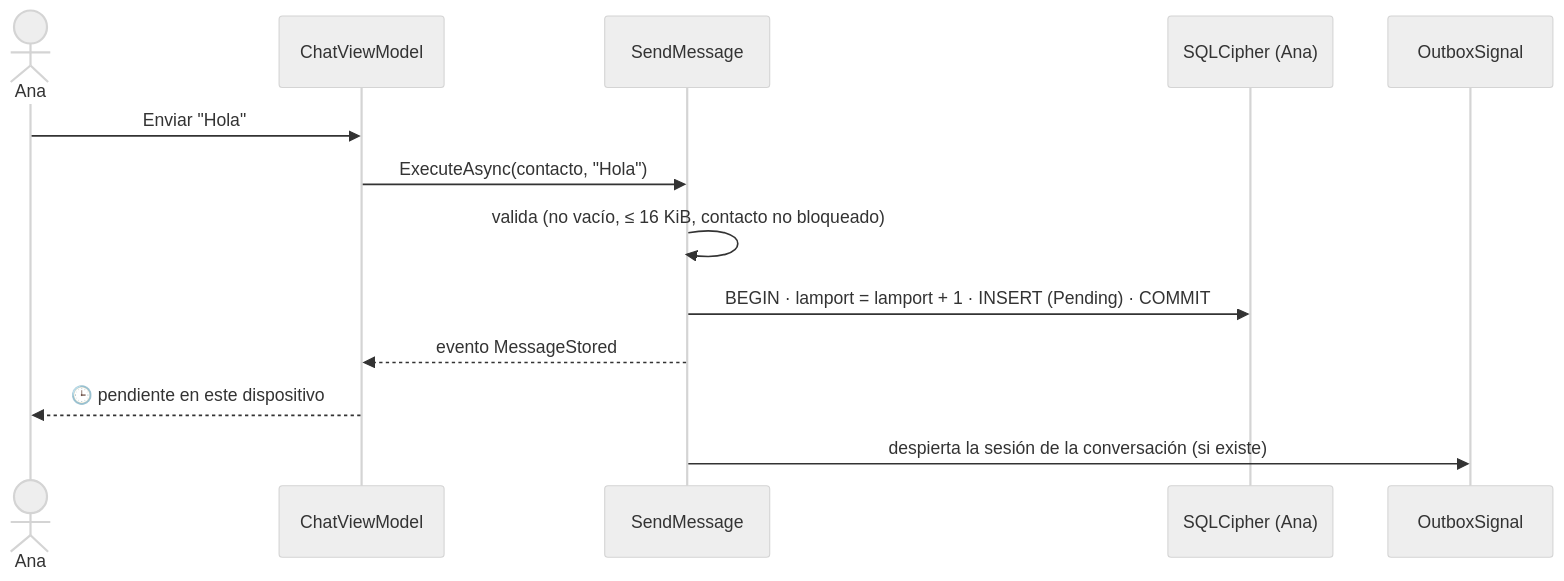
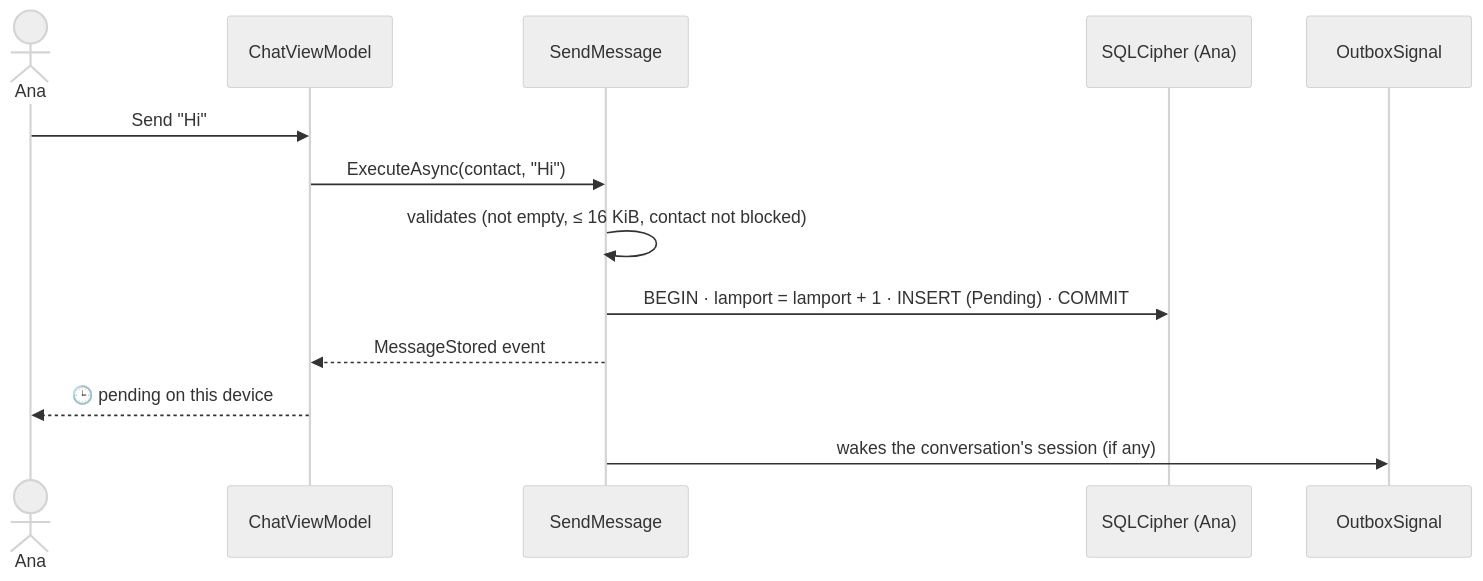
Before and after one commit to fsoftt/Murmur: the first of 6 diagrams in website/guide/life-of-a-message.md, drawn with Mermaid (neutral theme). The commit also changed other lines of this file and 51 other files, not shown here.

````diff
--- a/website/guide/life-of-a-message.md
+++ b/website/guide/life-of-a-message.md
@@ -7,15 +7,15 @@
 ```mermaid
 sequenceDiagram
     actor Ana
     participant VM as ChatViewModel
     participant UC as SendMessage
     participant DB as SQLCipher (Ana)
     participant SIG as OutboxSignal
-    Ana->>VM: Enviar "Hola"
-    VM->>UC: ExecuteAsync(contacto, "Hola")
-    UC->>UC: valida (no vacío, ≤ 16 KiB, contacto no bloqueado)
+    Ana->>VM: Send "Hi"
+    VM->>UC: ExecuteAsync(contact, "Hi")
+    UC->>UC: validates (not empty, ≤ 16 KiB, contact not blocked)
     UC->>DB: BEGIN · lamport = lamport + 1 · INSERT (Pending) · COMMIT
-    UC-->>VM: evento MessageStored
-    VM-->>Ana: 🕒 pendiente en este dispositivo
-    UC->>SIG: despierta la sesión de la conversación (si existe)
+    UC-->>VM: MessageStored event
+    VM-->>Ana: 🕒 pending on this device
+    UC->>SIG: wakes the conversation's session (if any)
 ```
````
